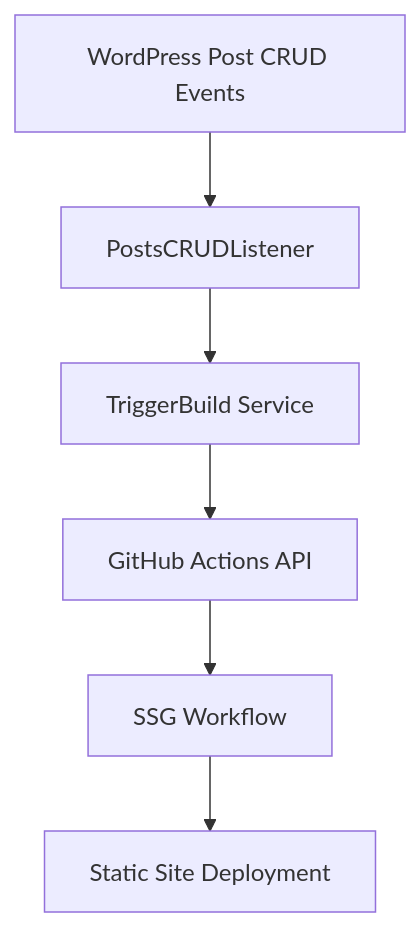
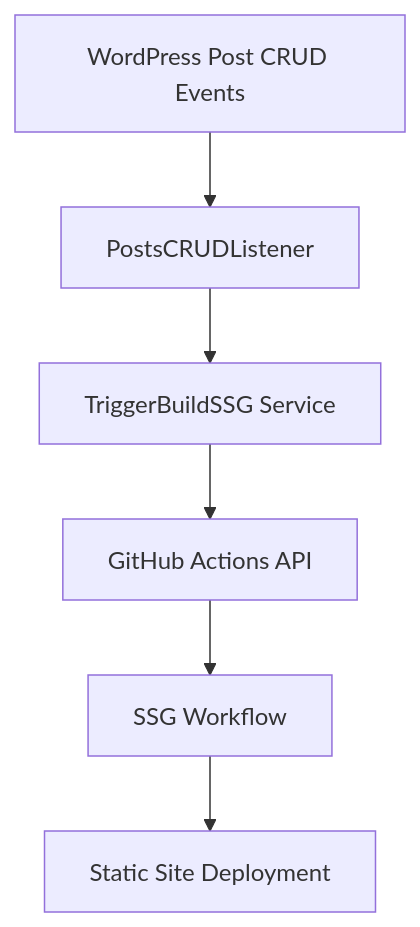
The diagram in wordpress/wp-content/themes/wplokerbjm/tools/SSG/docs/README.md (LNSR/wplokerbjm), drawn with Mermaid before and after one commit. The commit also changed other lines of this file and 72 other files, not shown here.

````diff
--- a/wordpress/wp-content/themes/wplokerbjm/tools/SSG/docs/README.md
+++ b/wordpress/wp-content/themes/wplokerbjm/tools/SSG/docs/README.md
@@ -201,8 +198,8 @@
 ```mermaid
 graph TD
     A[WordPress Post CRUD Events] --> B[PostsCRUDListener]
-    B --> C[TriggerBuild Service]
+    B --> C[TriggerBuildSSG Service]
     C --> D[GitHub Actions API]
     D --> E[SSG Workflow]
     E --> F[Static Site Deployment]
 ```
````
